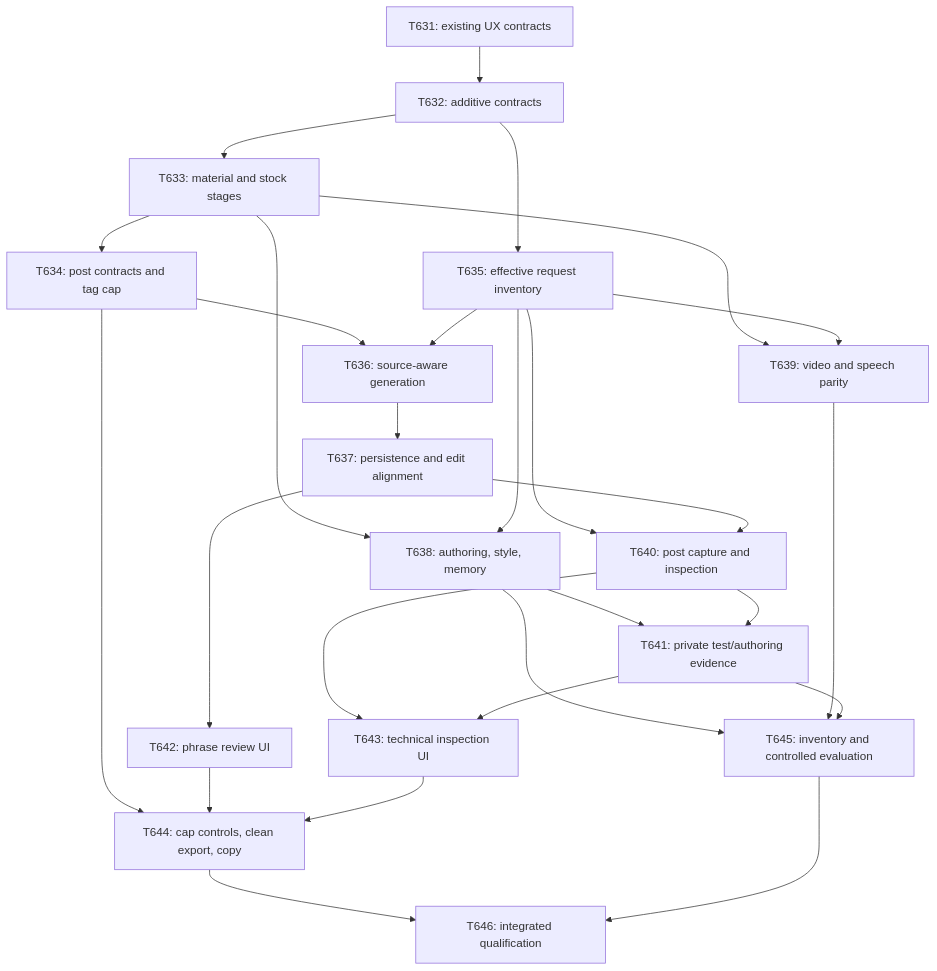
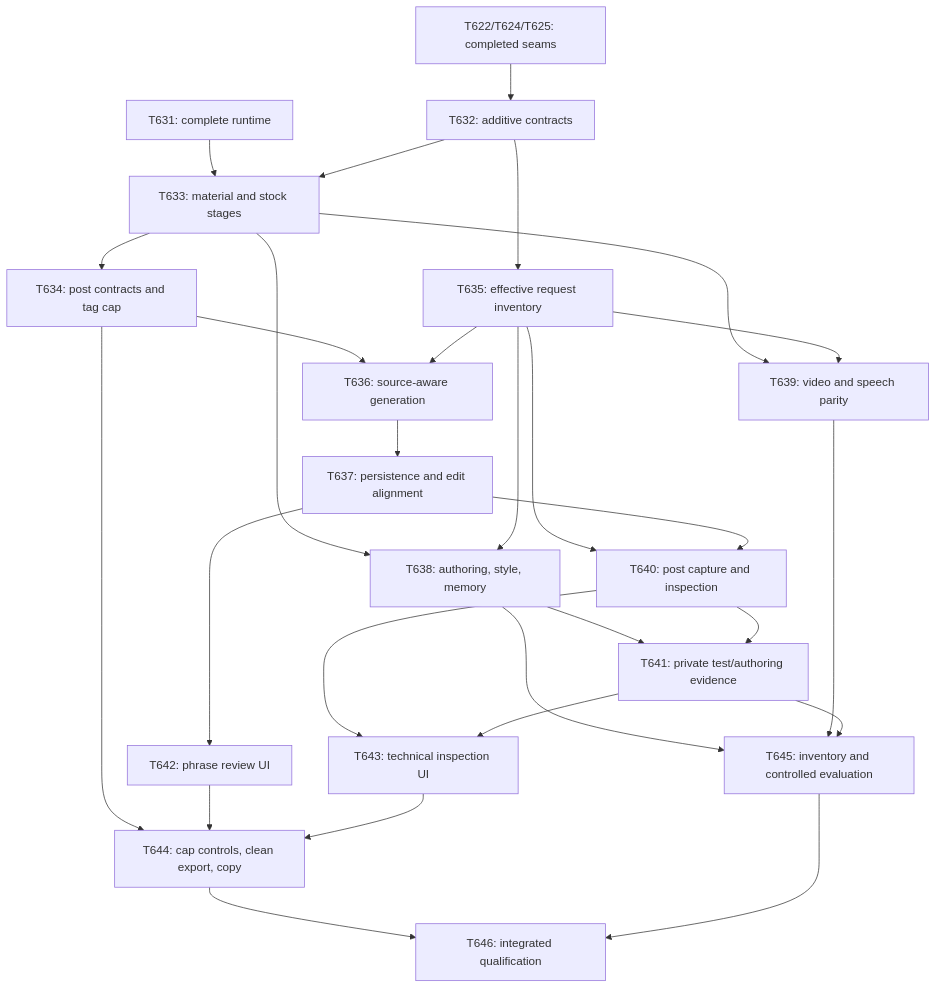
Before and after one commit to hetarho/postpilot: the diagram in docs/work/prompt-engineering-tasks-2026-10-07.md, drawn with Mermaid. The commit also changed other lines of this file and 7 other files, not shown here.

````diff
--- a/docs/work/prompt-engineering-tasks-2026-10-07.md
+++ b/docs/work/prompt-engineering-tasks-2026-10-07.md
@@ -27,29 +27,30 @@
 ```mermaid
 flowchart TD
-  ux[T631: existing UX contracts] --> seams[T632: additive contracts]
+  completed[T622/T624/T625: completed seams] --> seams[T632: additive contracts]
+  ux[T631: complete runtime] --> roles[T633: material and stock stages]
   seams --> roles[T633: material and stock stages]
   seams --> inventory[T635: effective request inventory]
   roles --> prompts[T634: post contracts and tag cap]
   prompts --> origins[T636: source-aware generation]
   inventory --> origins
   origins --> store[T637: persistence and edit alignment]
   roles --> authoring[T638: authoring, style, memory]
   inventory --> authoring
   roles --> video[T639: video and speech parity]
   inventory --> video
   inventory --> captures[T640: post capture and inspection]
   store --> captures
   authoring --> private[T641: private test/authoring evidence]
   captures --> private
   store --> review[T642: phrase review UI]
   captures --> inspect[T643: technical inspection UI]
   private --> inspect
   prompts --> copy[T644: cap controls, clean export, copy]
   review --> copy
   inspect --> copy
   authoring --> eval[T645: inventory and controlled evaluation]
   video --> eval
   private --> eval
   copy --> qualify[T646: integrated qualification]
   eval --> qualify
 ```
````
